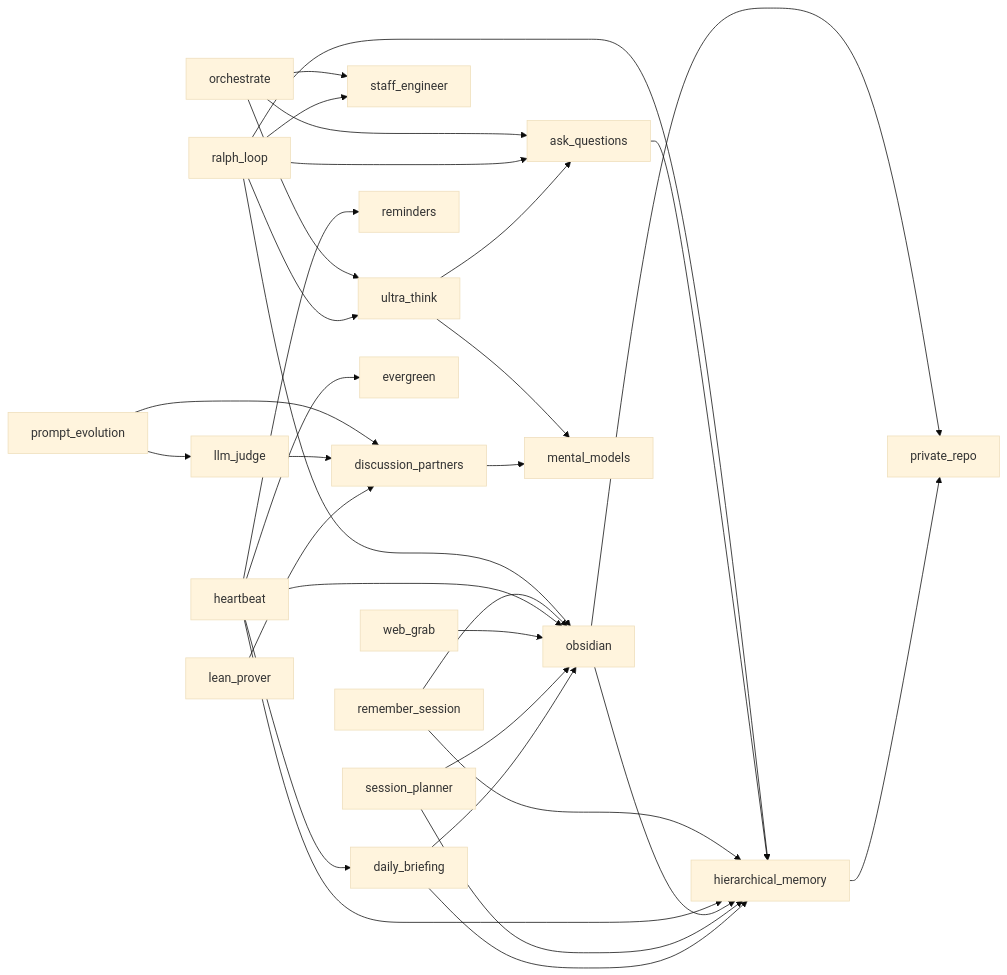
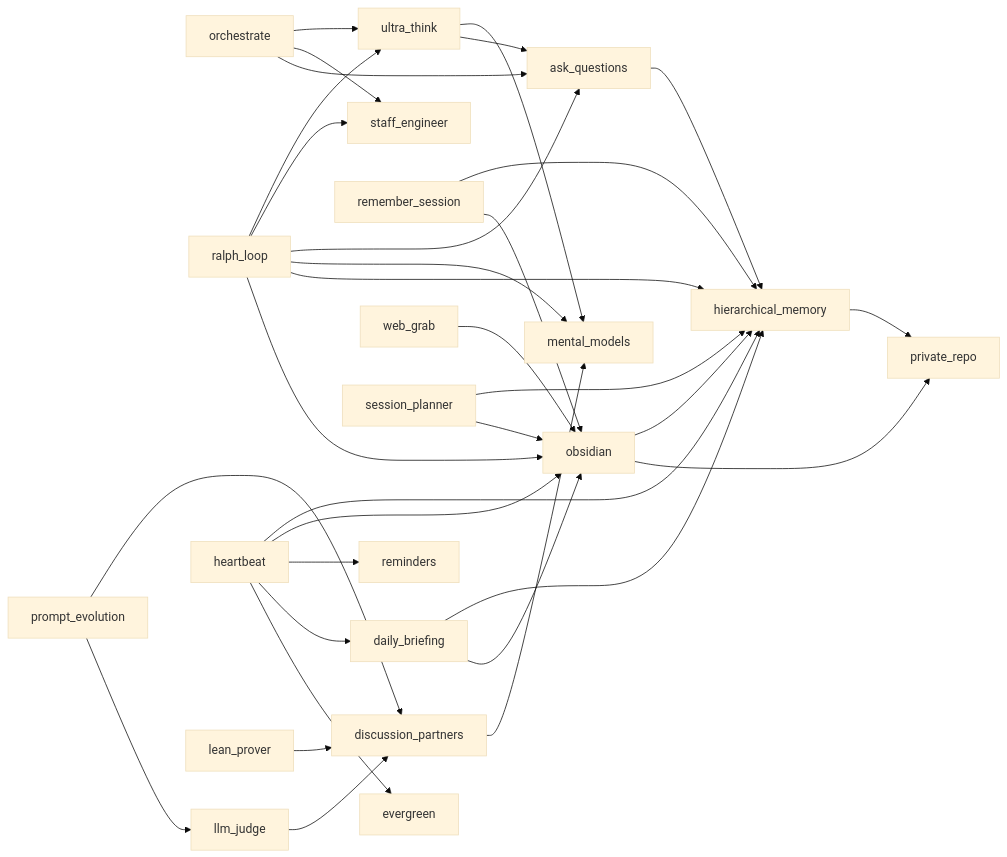
One commit to zachmayer/skills changed the diagram in README.md. Above: the diagram before and after it, drawn with Mermaid (base theme). The commit also changed 4 other files, not shown here.

````diff
--- a/README.md
+++ b/README.md
@@ -97,34 +97,35 @@
 ```mermaid
 graph LR
     orchestrate --> ultra_think
     orchestrate --> staff_engineer
     orchestrate --> ask_questions
     ralph_loop --> ultra_think
     ralph_loop --> staff_engineer
     ralph_loop --> ask_questions
+    ralph_loop --> mental_models
     ralph_loop --> hierarchical_memory
     ralph_loop --> obsidian
     ultra_think --> mental_models
     ultra_think --> ask_questions
     ask_questions --> hierarchical_memory
     prompt_evolution --> discussion_partners
     prompt_evolution --> llm_judge
     llm_judge --> discussion_partners
     discussion_partners --> mental_models
     remember_session --> hierarchical_memory
     remember_session --> obsidian
     heartbeat --> hierarchical_memory
     heartbeat --> obsidian
     heartbeat --> reminders
     heartbeat --> daily_briefing
     heartbeat --> evergreen
     obsidian --> hierarchical_memory
     obsidian --> private_repo
     hierarchical_memory --> private_repo
     web_grab --> obsidian
     lean_prover --> discussion_partners
     session_planner --> hierarchical_memory
     session_planner --> obsidian
     daily_briefing --> hierarchical_memory
     daily_briefing --> obsidian
 ```
````
